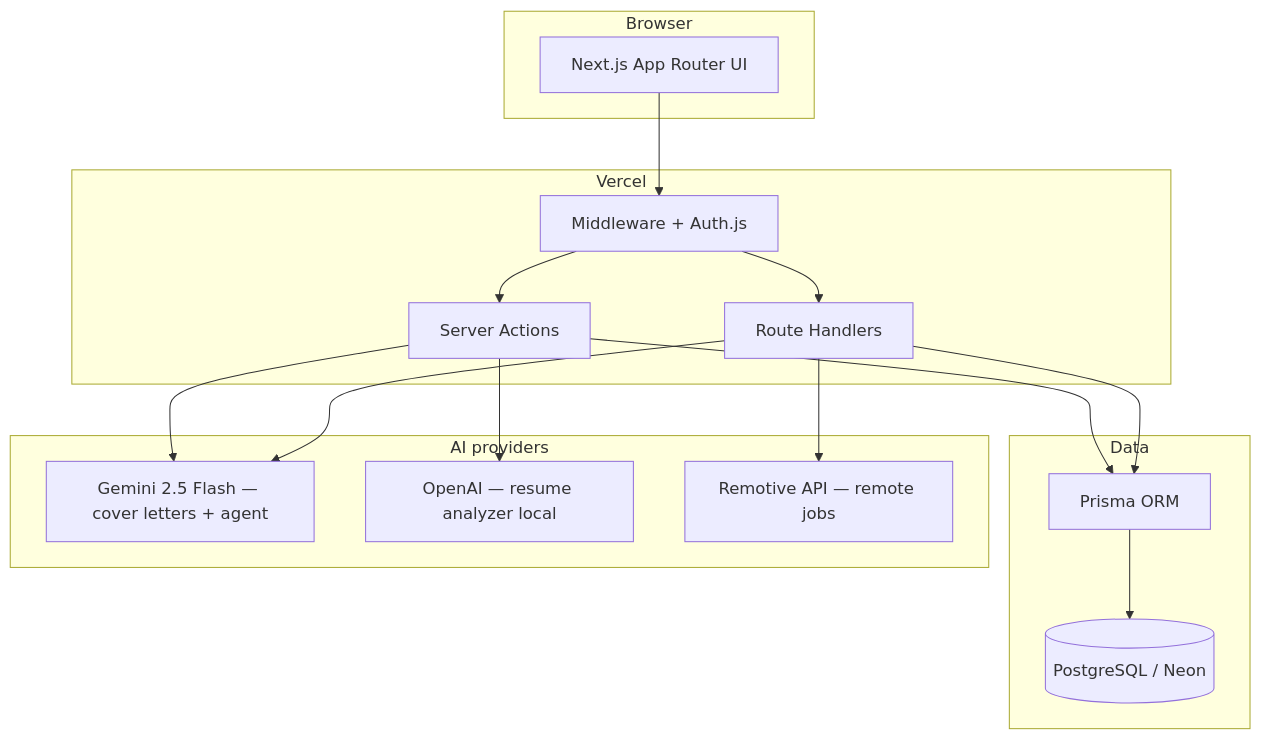
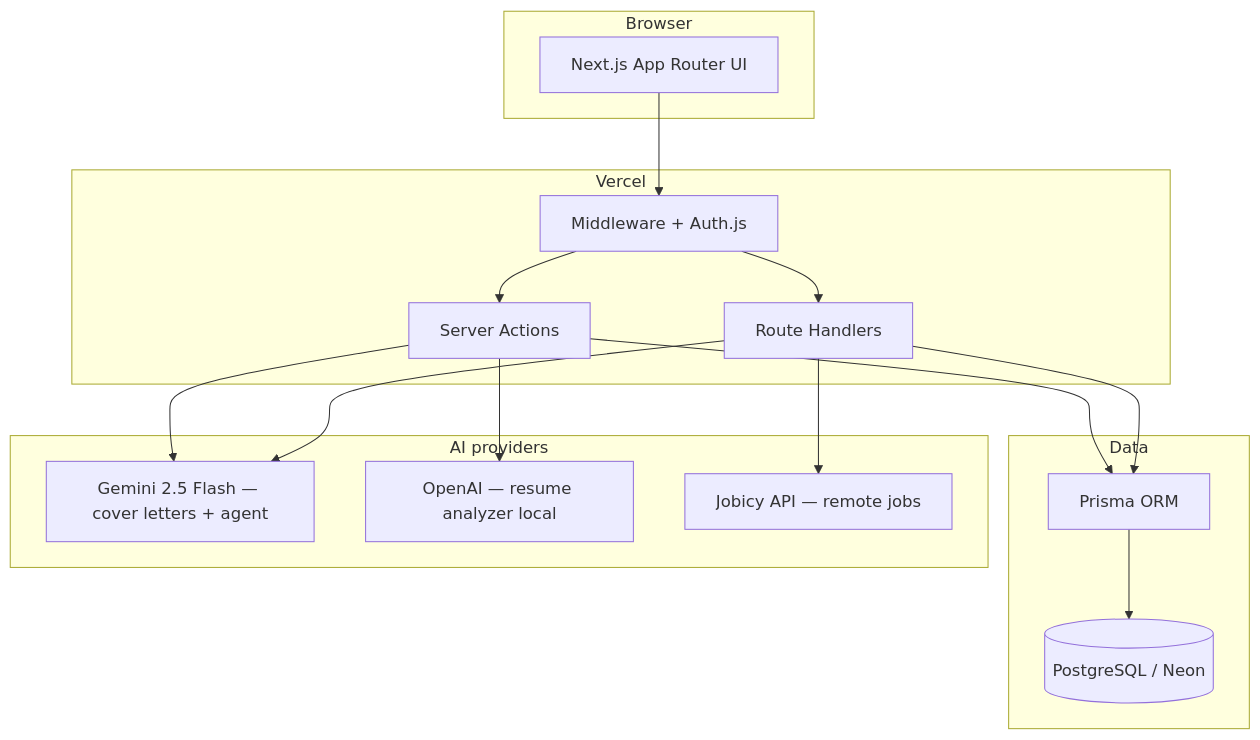
Before and after one commit to ahmedmustaf103-dot/jobtracker-ai: the diagram in README.md, drawn with Mermaid. The commit also changed 6 other files, not shown here.

First line of the commit message:
fix(agent): return relevant remote jobs via Jobicy search

````diff
--- a/README.md
+++ b/README.md
@@ -58,34 +58,34 @@
 ```mermaid
 flowchart TB
   subgraph client [Browser]
     UI[Next.js App Router UI]
   end
 
   subgraph vercel [Vercel]
     SA[Server Actions]
     API[Route Handlers]
     MW[Middleware + Auth.js]
   end
 
   subgraph data [Data]
     PG[(PostgreSQL / Neon)]
     Prisma[Prisma ORM]
   end
 
   subgraph ai [AI providers]
     Gemini[Gemini 2.5 Flash — cover letters + agent]
     OpenAI[OpenAI — resume analyzer local]
-    Remotive[Remotive API — remote jobs]
+    Jobicy[Jobicy API — remote jobs]
   end
 
   UI --> MW
   MW --> SA
   MW --> API
   SA --> Prisma
   API --> Prisma
   Prisma --> PG
   SA --> Gemini
   SA --> OpenAI
   API --> Gemini
-  API --> Remotive
+  API --> Jobicy
 ```
````
